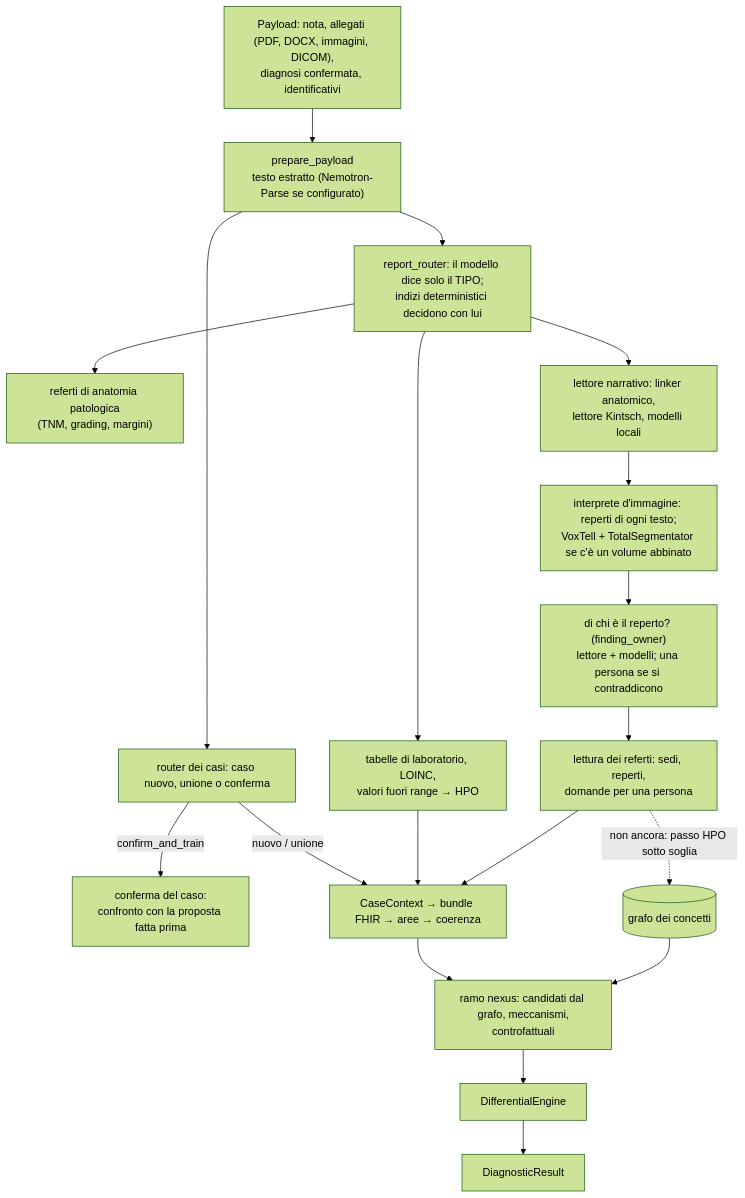
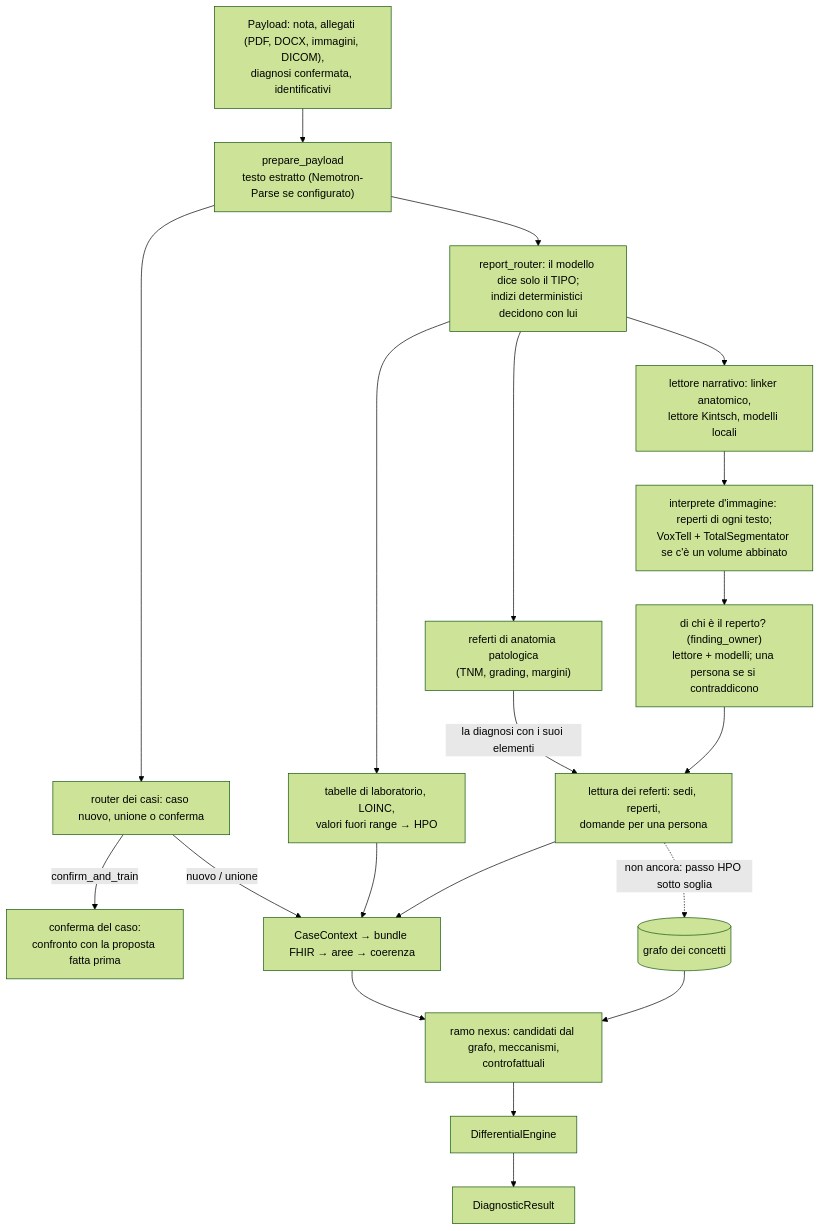
Before and after one commit to francescoluciolattari/Melampo-AI: the second of 2 diagrams in docs/it/ARCHITECTURE.md, drawn with Mermaid (forest theme). The commit also changed other lines of this file and 7 other files, not shown here.

````diff
--- a/docs/it/ARCHITECTURE.md
+++ b/docs/it/ARCHITECTURE.md
@@ -29,20 +29,21 @@
 ```mermaid
 flowchart TD
   payload["Payload: nota, allegati (PDF, DOCX, immagini, DICOM),<br/>diagnosi confermata, identificativi"] --> prep["prepare_payload<br/>testo estratto (Nemotron-Parse se configurato)"]
   prep --> router["report_router: il modello dice solo il TIPO;<br/>indizi deterministici decidono con lui"]
   router --> lab["tabelle di laboratorio, LOINC,<br/>valori fuori range → HPO"]
   router --> path["referti di anatomia patologica<br/>(TNM, grading, margini)"]
+  path -->|"la diagnosi con i suoi elementi"| rr
   router --> narr["lettore narrativo: linker anatomico,<br/>lettore Kintsch, modelli locali"]
   narr --> img["interprete d'immagine: reperti di ogni testo;<br/>VoxTell + TotalSegmentator se c'è un volume abbinato"]
   img --> owner["di chi è il reperto? (finding_owner)<br/>lettore + modelli; una persona se si contraddicono"]
   owner --> rr["lettura dei referti: sedi, reperti,<br/>domande per una persona"]
   prep --> d1["router dei casi: caso nuovo, unione o conferma"]
   d1 -->|confirm_and_train| conf["conferma del caso:<br/>confronto con la proposta fatta prima"]
   d1 -->|nuovo / unione| ingest["CaseContext → bundle FHIR → aree → coerenza"]
   lab --> ingest
   rr --> ingest
   ingest --> nexus["ramo nexus: candidati dal grafo, meccanismi,<br/>controfattuali"]
   nexus --> diff["DifferentialEngine"] --> res["DiagnosticResult"]
   rr -.->|"non ancora: passo HPO sotto soglia"| graphnode[("grafo dei concetti")]
   graphnode --> nexus
 ```
````
